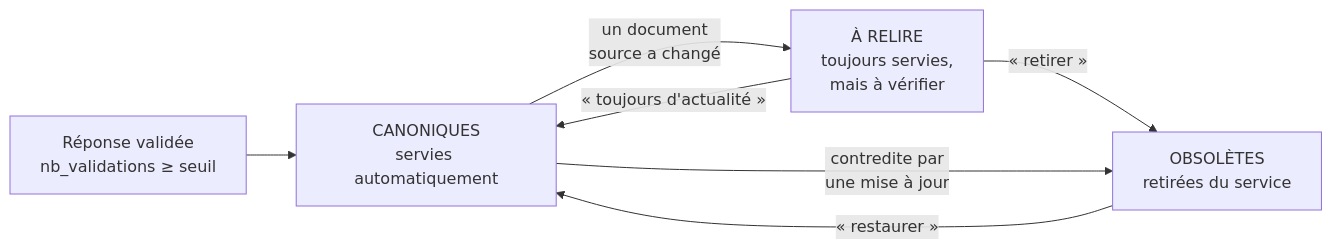
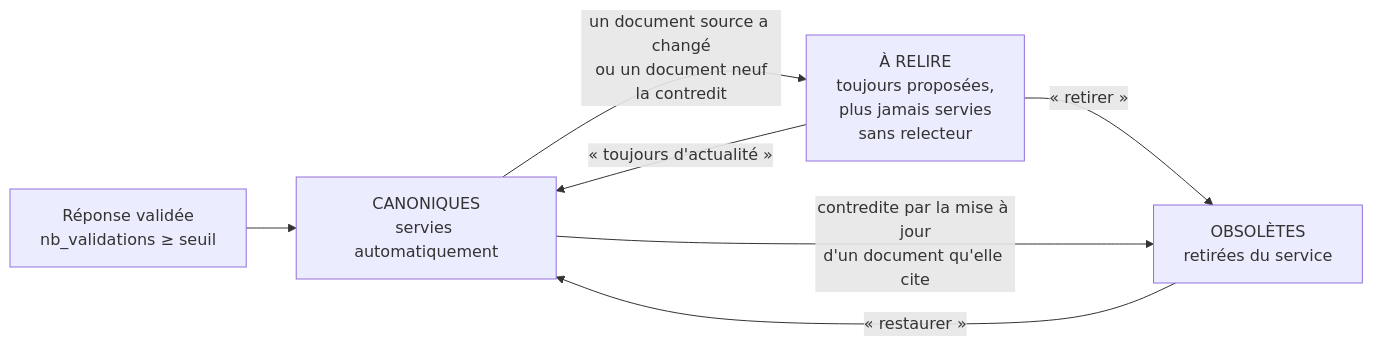
The diagram in Docs/fonctionnalites/reponses-enregistrees.md (ThomasHWD/TicketAI), drawn with Mermaid before and after one commit. The commit also changed other lines of this file and 8 other files, not shown here.

````diff
--- a/Docs/fonctionnalites/reponses-enregistrees.md
+++ b/Docs/fonctionnalites/reponses-enregistrees.md
@@ -16,9 +16,9 @@
 ```mermaid
 flowchart LR
     A[Réponse validée<br/>nb_validations ≥ seuil] --> B[CANONIQUES<br/>servies automatiquement]
-    B -->|un document<br/>source a changé| C[À RELIRE<br/>toujours servies,<br/>mais à vérifier]
+    B -->|un document source a changé<br/>ou un document neuf<br/>la contredit| C[À RELIRE<br/>toujours proposées,<br/>plus jamais servies<br/>sans relecteur]
     C -->|« toujours d'actualité »| B
     C -->|« retirer »| D[OBSOLÈTES<br/>retirées du service]
-    B -->|contredite par<br/>une mise à jour| D
+    B -->|contredite par la mise à jour<br/>d'un document qu'elle cite| D
     D -->|« restaurer »| B
 ```
````
